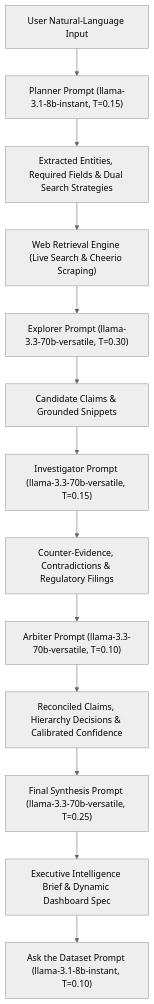
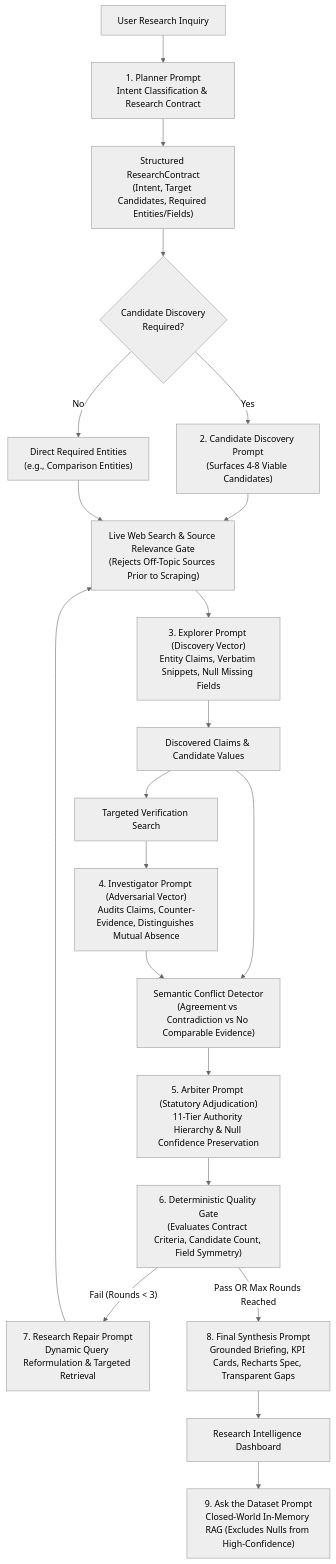
Before and after one commit to ni-saantt/Research_Lens_AI: the diagram in PROMPTS.md, drawn with Mermaid (neutral theme). The commit also changed other lines of this file and 29 other files, not shown here.

Commit message:
feat(research): implement multi-agent self-correcting research engine, relevance gate, and canonical evidence semantics

````diff
--- a/PROMPTS.md
+++ b/PROMPTS.md
@@ -22,15 +23,30 @@
 ```mermaid
 graph TD
-    A["User Natural-Language Input"] --> B["Planner Prompt (llama-3.1-8b-instant, T=0.15)"]
-    B --> C["Extracted Entities, Required Fields & Dual Search Strategies"]
-    C --> D["Web Retrieval Engine (Live Search & Cheerio Scraping)"]
-    D --> E["Explorer Prompt (llama-3.3-70b-versatile, T=0.30)"]
-    E --> F["Candidate Claims & Grounded Snippets"]
-    F --> G["Investigator Prompt (llama-3.3-70b-versatile, T=0.15)"]
-    G --> H["Counter-Evidence, Contradictions & Regulatory Filings"]
-    H --> I["Arbiter Prompt (llama-3.3-70b-versatile, T=0.10)"]
-    I --> J["Reconciled Claims, Hierarchy Decisions & Calibrated Confidence"]
-    J --> K["Final Synthesis Prompt (llama-3.3-70b-versatile, T=0.25)"]
-    K --> L["Executive Intelligence Brief & Dynamic Dashboard Spec"]
-    L --> M["Ask the Dataset Prompt (llama-3.1-8b-instant, T=0.10)"]
+    UserQuery["User Research Inquiry"] --> PlannerPrompt["1. Planner Prompt\nIntent Classification & Research Contract"]
+    PlannerPrompt --> Contract["Structured ResearchContract\n(Intent, Target Candidates, Required Entities/Fields)"]
+    
+    Contract --> NeedsDiscovery{Candidate Discovery\nRequired?}
+    NeedsDiscovery -- Yes --> CandidateDisc["2. Candidate Discovery Prompt\n(Surfaces 4-8 Viable Candidates)"]
+    NeedsDiscovery -- No --> DirectEntities["Direct Required Entities\n(e.g., Comparison Entities)"]
+    
+    CandidateDisc & DirectEntities --> WebRetrieval["Live Web Search & Source Relevance Gate\n(Rejects Off-Topic Sources Prior to Scraping)"]
+    
+    WebRetrieval --> ExplorerPrompt["3. Explorer Prompt (Discovery Vector)\nEntity Claims, Verbatim Snippets, Null Missing Fields"]
+    ExplorerPrompt --> DiscoveredClaims["Discovered Claims & Candidate Values"]
+    
+    DiscoveredClaims --> InvestigatorSearch["Targeted Verification Search"]
+    InvestigatorSearch --> InvestigatorPrompt["4. Investigator Prompt (Adversarial Vector)\nAudits Claims, Counter-Evidence, Distinguishes Mutual Absence"]
+    
+    DiscoveredClaims & InvestigatorPrompt --> ConflictDetector["Semantic Conflict Detector\n(Agreement vs Contradiction vs No Comparable Evidence)"]
+    ConflictDetector --> ArbiterPrompt["5. Arbiter Prompt (Statutory Adjudication)\n11-Tier Authority Hierarchy & Null Confidence Preservation"]
+    
+    ArbiterPrompt --> QualityGate["6. Deterministic Quality Gate\n(Evaluates Contract Criteria, Candidate Count, Field Symmetry)"]
+    
+    QualityGate -- Fail (Rounds < 3) --> RepairPrompt["7. Research Repair Prompt\nDynamic Query Reformulation & Targeted Retrieval"]
+    RepairPrompt --> WebRetrieval
+    
+    QualityGate -- Pass OR Max Rounds Reached --> SynthesisPrompt["8. Final Synthesis Prompt\nGrounded Briefing, KPI Cards, Recharts Spec, Transparent Gaps"]
+    
+    SynthesisPrompt --> ResearchDashboard["Research Intelligence Dashboard"]
+    ResearchDashboard --> DatasetPrompt["9. Ask the Dataset Prompt\nClosed-World In-Memory RAG (Excludes Nulls from High-Confidence)"]
 ```
````
